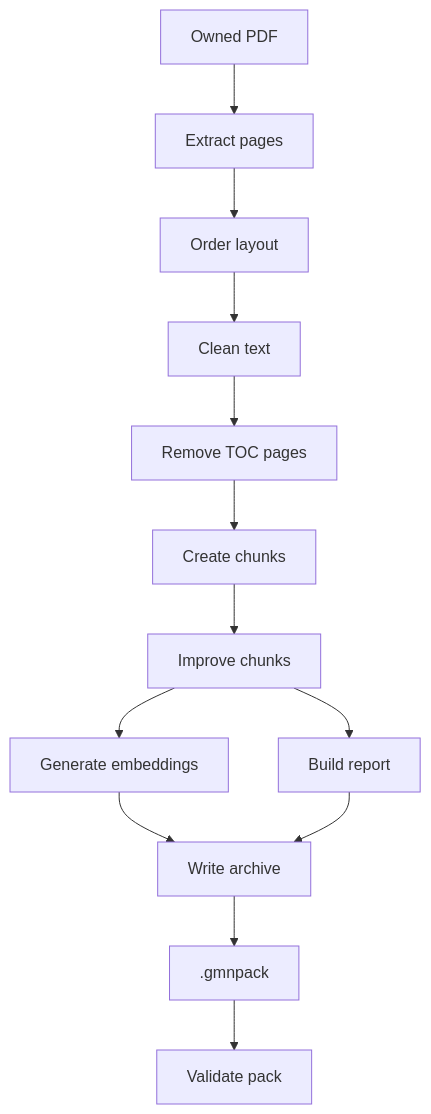
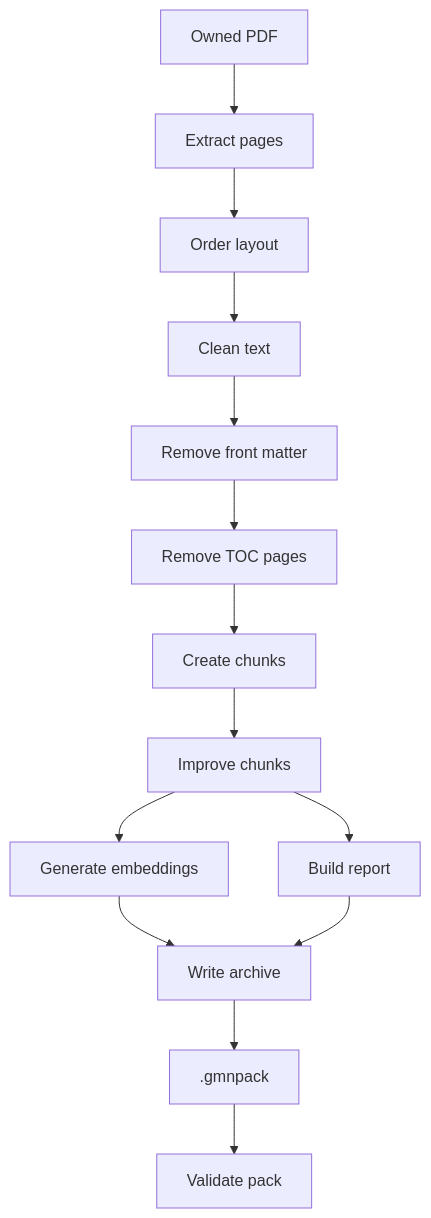
One commit to Brackistar/game-master-notes changed the first of 2 diagrams in pack-builder/README.md. Above: the diagram before and after it, drawn with Mermaid. The commit also changed other lines of this file and 14 other files, not shown here.

````diff
--- a/pack-builder/README.md
+++ b/pack-builder/README.md
@@ -92,15 +99,16 @@
 ```mermaid
 flowchart TD
   PDF[Owned PDF] --> EXT[Extract pages]
   EXT --> LAY[Order layout]
   LAY --> CLEAN[Clean text]
-  CLEAN --> TOC[Remove TOC pages]
+  CLEAN --> FRONT[Remove front matter]
+  FRONT --> TOC[Remove TOC pages]
   TOC --> CHUNK[Create chunks]
   CHUNK --> QUAL[Improve chunks]
   QUAL --> EMB[Generate embeddings]
   QUAL --> REP[Build report]
   EMB --> WRITE[Write archive]
   REP --> WRITE
   WRITE --> PACK[.gmnpack]
   PACK --> CHECK[Validate pack]
 ```
````
